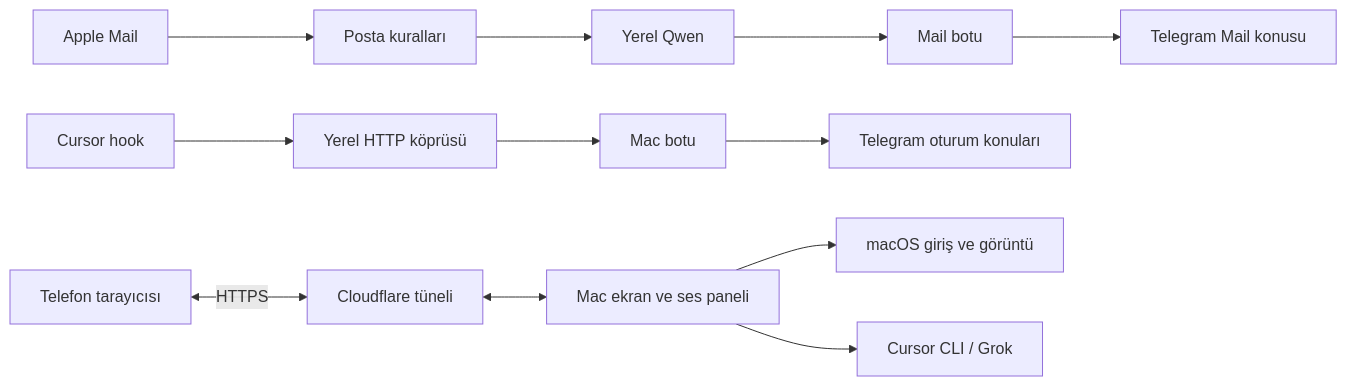
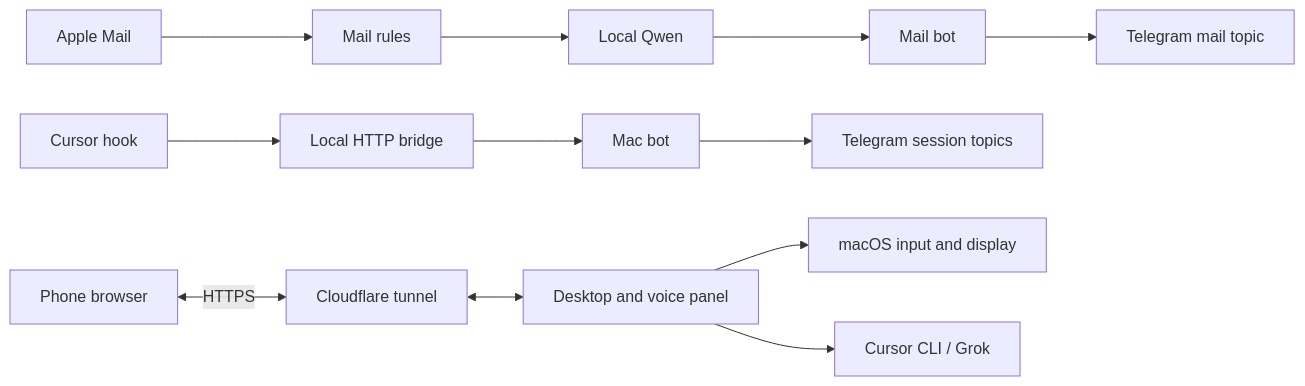
Before and after one commit to enesiyidil/seyir: the diagram in docs/architecture.md, drawn with Mermaid. The commit also changed other lines of this file and 14 other files, not shown here.

````diff
--- a/docs/architecture.md
+++ b/docs/architecture.md
@@ -3,14 +3,14 @@
 ```mermaid
 flowchart LR
-  Mail[Apple Mail] --> Rules[Posta kuralları]
-  Rules --> Qwen[Yerel Qwen]
-  Qwen --> MailBot[Mail botu]
-  MailBot --> Topic[Telegram Mail konusu]
-  IDE[Cursor hook] --> Bridge[Yerel HTTP köprüsü]
-  Bridge --> Agent[Mac botu]
-  Agent --> Topics[Telegram oturum konuları]
-  Phone[Telefon tarayıcısı] <-->|HTTPS| Tunnel[Cloudflare tüneli]
-  Tunnel <--> Panel[Mac ekran ve ses paneli]
-  Panel --> Mac[macOS giriş ve görüntü]
+  Mail[Apple Mail] --> Rules[Mail rules]
+  Rules --> Qwen[Local Qwen]
+  Qwen --> MailBot[Mail bot]
+  MailBot --> Topic[Telegram mail topic]
+  IDE[Cursor hook] --> Bridge[Local HTTP bridge]
+  Bridge --> Agent[Mac bot]
+  Agent --> Topics[Telegram session topics]
+  Phone[Phone browser] <-->|HTTPS| Tunnel[Cloudflare tunnel]
+  Tunnel <--> Panel[Desktop and voice panel]
+  Panel --> Mac[macOS input and display]
   Panel --> Model[Cursor CLI / Grok]
 ```
````
